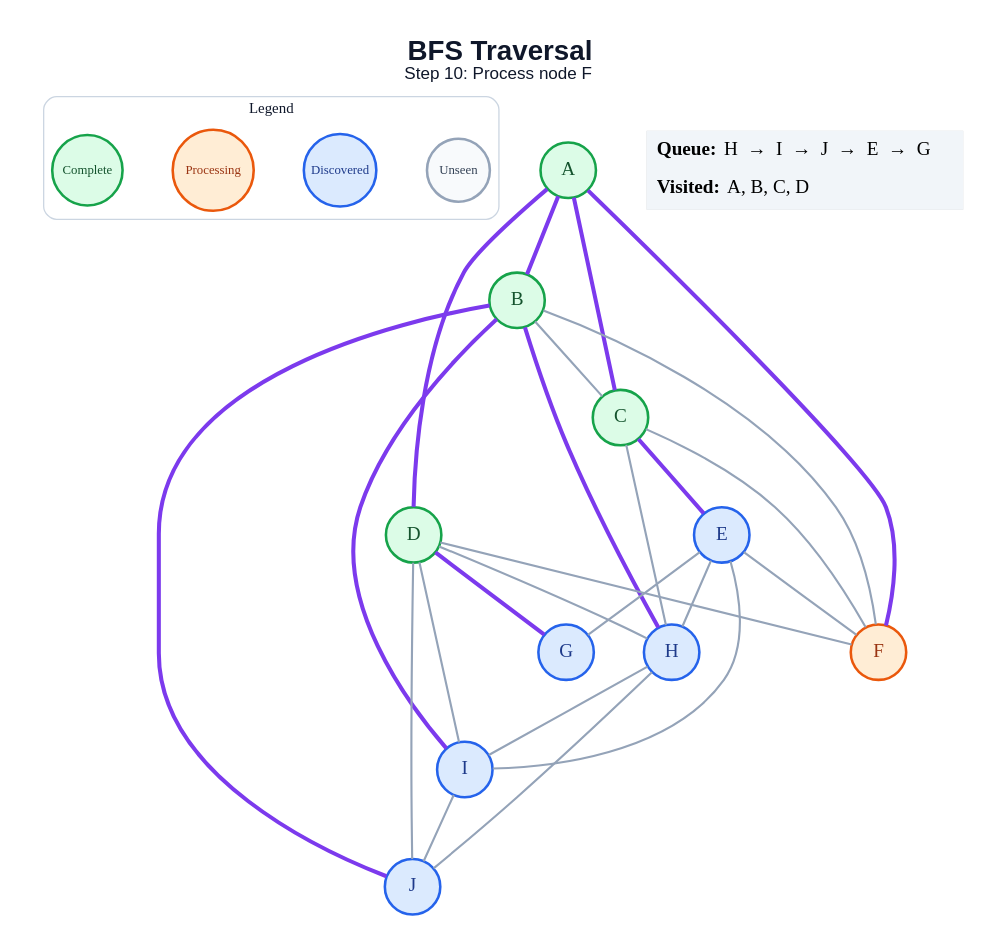
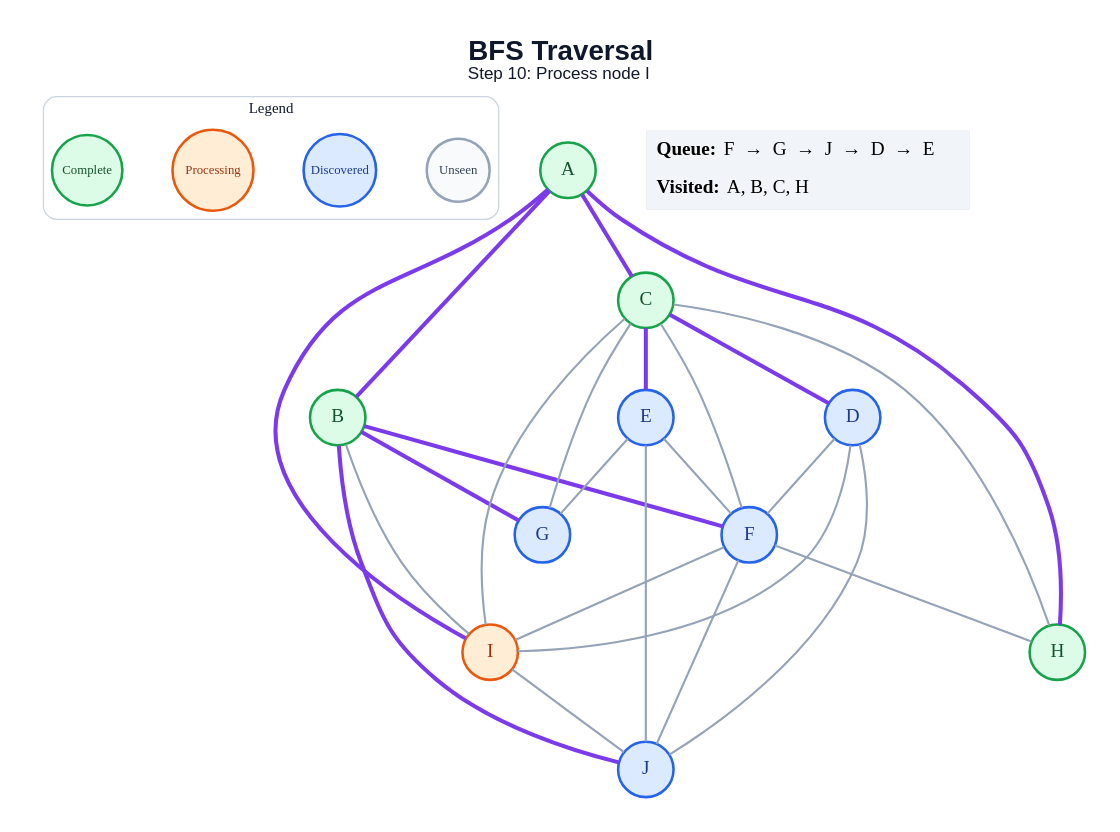
One commit to amanghodawala9/ai-slop changed the diagram in generated/bfs/step_10.dot. Above: the diagram before and after it, drawn with Graphviz. The commit also changed 178 other files, not shown here.

```diff
--- a/generated/bfs/step_10.dot
+++ b/generated/bfs/step_10.dot
@@ -1,53 +1,53 @@
 graph traversal {
   graph [layout=dot, rankdir=TB, bgcolor="#FFFFFF", pad="0.35", nodesep="0.65", ranksep="0.8", fontname="Arial"];
   node [shape=circle, style="filled", fontname="Arial Bold", fontsize=18, width=0.72, fixedsize=true, penwidth=2.4];
   edge [color="#94A3B8", penwidth=2.0];
-  label=<<B>BFS Traversal</B><BR/><FONT POINT-SIZE="16">Step 10: Process node F</FONT>>; labelloc="t"; fontsize=26; fontname="Arial"; fontcolor="#0F172A";
+  label=<<B>BFS Traversal</B><BR/><FONT POINT-SIZE="16">Step 10: Process node I</FONT>>; labelloc="t"; fontsize=26; fontname="Arial"; fontcolor="#0F172A";
   subgraph cluster_legend { label="Legend"; color="#CBD5E1"; penwidth=1.2; style="rounded"; fontsize=14; fontname="Arial Bold";
     key_unseen [label="Unseen", fillcolor="#F8FAFC", color="#94A3B8", fontcolor="#334155", fontsize=12, width=0.82];
     key_frontier [label="Discovered", fillcolor="#DBEAFE", color="#2563EB", fontcolor="#1E3A8A", fontsize=12, width=0.95];
     key_current [label="Processing", fillcolor="#FFEDD5", color="#EA580C", fontcolor="#9A3412", fontsize=12, width=1.05];
     key_done [label="Complete", fillcolor="#DCFCE7", color="#16A34A", fontcolor="#14532D", fontsize=12, width=0.92];
     { rank=same; key_unseen; key_frontier; key_current; key_done; }
   }
   A [fillcolor="#DCFCE7", color="#16A34A", fontcolor="#14532D"];
   B [fillcolor="#DCFCE7", color="#16A34A", fontcolor="#14532D"];
   C [fillcolor="#DCFCE7", color="#16A34A", fontcolor="#14532D"];
-  D [fillcolor="#DCFCE7", color="#16A34A", fontcolor="#14532D"];
+  D [fillcolor="#DBEAFE", color="#2563EB", fontcolor="#1E3A8A"];
   E [fillcolor="#DBEAFE", color="#2563EB", fontcolor="#1E3A8A"];
-  F [fillcolor="#FFEDD5", color="#EA580C", fontcolor="#9A3412"];
+  F [fillcolor="#DBEAFE", color="#2563EB", fontcolor="#1E3A8A"];
   G [fillcolor="#DBEAFE", color="#2563EB", fontcolor="#1E3A8A"];
-  H [fillcolor="#DBEAFE", color="#2563EB", fontcolor="#1E3A8A"];
-  I [fillcolor="#DBEAFE", color="#2563EB", fontcolor="#1E3A8A"];
+  H [fillcolor="#DCFCE7", color="#16A34A", fontcolor="#14532D"];
+  I [fillcolor="#FFEDD5", color="#EA580C", fontcolor="#9A3412"];
   J [fillcolor="#DBEAFE", color="#2563EB", fontcolor="#1E3A8A"];
   A -- B [color="#7C3AED", penwidth=3.8];
   A -- C [color="#7C3AED", penwidth=3.8];
-  A -- D [color="#7C3AED", penwidth=3.8];
-  A -- F [color="#7C3AED", penwidth=3.8];
-  B -- C;
-  B -- F;
-  B -- H [color="#7C3AED", penwidth=3.8];
-  B -- I [color="#7C3AED", penwidth=3.8];
+  A -- H [color="#7C3AED", penwidth=3.8];
+  A -- I [color="#7C3AED", penwidth=3.8];
+  B -- F [color="#7C3AED", penwidth=3.8];
+  B -- G [color="#7C3AED", penwidth=3.8];
+  B -- I;
   B -- J [color="#7C3AED", penwidth=3.8];
+  C -- D [color="#7C3AED", penwidth=3.8];
   C -- E [color="#7C3AED", penwidth=3.8];
   C -- F;
+  C -- G;
   C -- H;
+  C -- I;
   D -- F;
-  D -- G [color="#7C3AED", penwidth=3.8];
-  D -- H;
   D -- I;
   D -- J;
   E -- F;
   E -- G;
-  E -- H;
-  E -- I;
-  H -- I;
-  H -- J;
+  E -- J;
+  F -- H;
+  F -- I;
+  F -- J;
   I -- J;
   status [shape=plain, fixedsize=false, width=0, height=0, margin=0, label=<
     <TABLE BORDER="0" CELLBORDER="0" CELLPADDING="7" BGCOLOR="#F1F5F9">
-      <TR><TD ALIGN="LEFT"><B>Queue:</B> H  →  I  →  J  →  E  →  G</TD></TR>
-      <TR><TD ALIGN="LEFT"><B>Visited:</B> A, B, C, D</TD></TR>
+      <TR><TD ALIGN="LEFT"><B>Queue:</B> F  →  G  →  J  →  D  →  E</TD></TR>
+      <TR><TD ALIGN="LEFT"><B>Visited:</B> A, B, C, H</TD></TR>
     </TABLE>
   >];
 }
```
